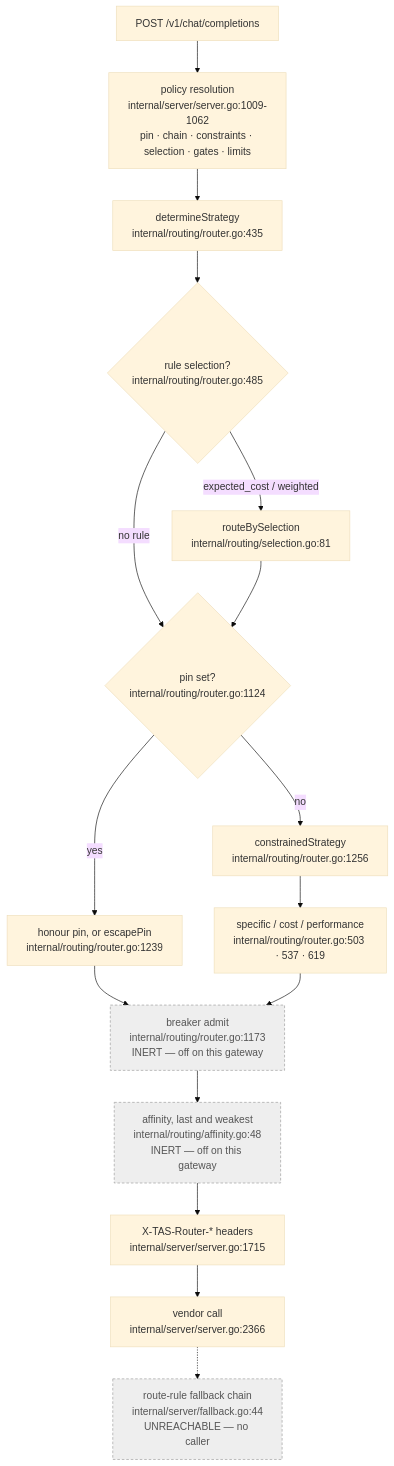
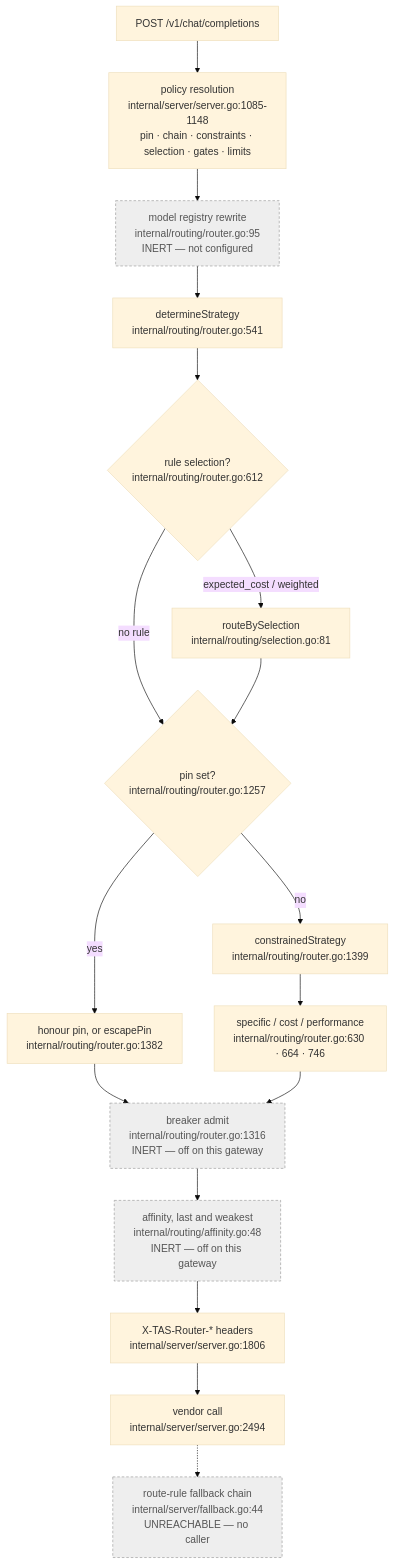
The diagram in docs/concept/routing.md (Tributary-ai-services/tas-llm-router), drawn with Mermaid (base theme) before and after one commit. The commit also changed other lines of this file, not shown here.

````diff
--- a/docs/concept/routing.md
+++ b/docs/concept/routing.md
@@ -98,20 +246,21 @@
 ```mermaid
 flowchart TD
-  A["POST /v1/chat/completions"] --> B["policy resolution<br/>internal/server/server.go:1009-1062<br/>pin · chain · constraints · selection · gates · limits"]
-  B --> C["determineStrategy<br/>internal/routing/router.go:435"]
-  C --> D{"rule selection?<br/>internal/routing/router.go:485"}
+  A["POST /v1/chat/completions"] --> B["policy resolution<br/>internal/server/server.go:1085-1148<br/>pin · chain · constraints · selection · gates · limits"]
+  B --> R["model registry rewrite<br/>internal/routing/router.go:95<br/>INERT — not configured"]
+  R --> C["determineStrategy<br/>internal/routing/router.go:541"]
+  C --> D{"rule selection?<br/>internal/routing/router.go:612"}
   D -- "expected_cost / weighted" --> E["routeBySelection<br/>internal/routing/selection.go:81"]
-  D -- "no rule" --> F{"pin set?<br/>internal/routing/router.go:1124"}
+  D -- "no rule" --> F{"pin set?<br/>internal/routing/router.go:1257"}
   E --> F
-  F -- yes --> G["honour pin, or escapePin<br/>internal/routing/router.go:1239"]
-  F -- no --> H["constrainedStrategy<br/>internal/routing/router.go:1256"]
-  H --> I["specific / cost / performance<br/>internal/routing/router.go:503 · 537 · 619"]
-  G --> J["breaker admit<br/>internal/routing/router.go:1173<br/>INERT — off on this gateway"]
+  F -- yes --> G["honour pin, or escapePin<br/>internal/routing/router.go:1382"]
+  F -- no --> H["constrainedStrategy<br/>internal/routing/router.go:1399"]
+  H --> I["specific / cost / performance<br/>internal/routing/router.go:630 · 664 · 746"]
+  G --> J["breaker admit<br/>internal/routing/router.go:1316<br/>INERT — off on this gateway"]
   I --> J
   J --> K["affinity, last and weakest<br/>internal/routing/affinity.go:48<br/>INERT — off on this gateway"]
-  K --> L["X-TAS-Router-* headers<br/>internal/server/server.go:1715"]
-  L --> M["vendor call<br/>internal/server/server.go:2366"]
+  K --> L["X-TAS-Router-* headers<br/>internal/server/server.go:1806"]
+  L --> M["vendor call<br/>internal/server/server.go:2494"]
   M -.-> N["route-rule fallback chain<br/>internal/server/fallback.go:44<br/>UNREACHABLE — no caller"]
   classDef inert fill:#eee,stroke:#999,stroke-dasharray:4 3,color:#555
-  class J,K,N inert
+  class R,J,K,N inert
 ```
````
